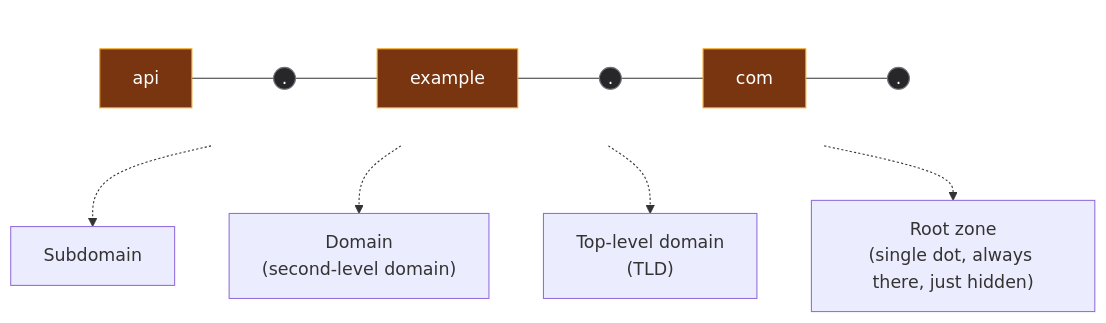
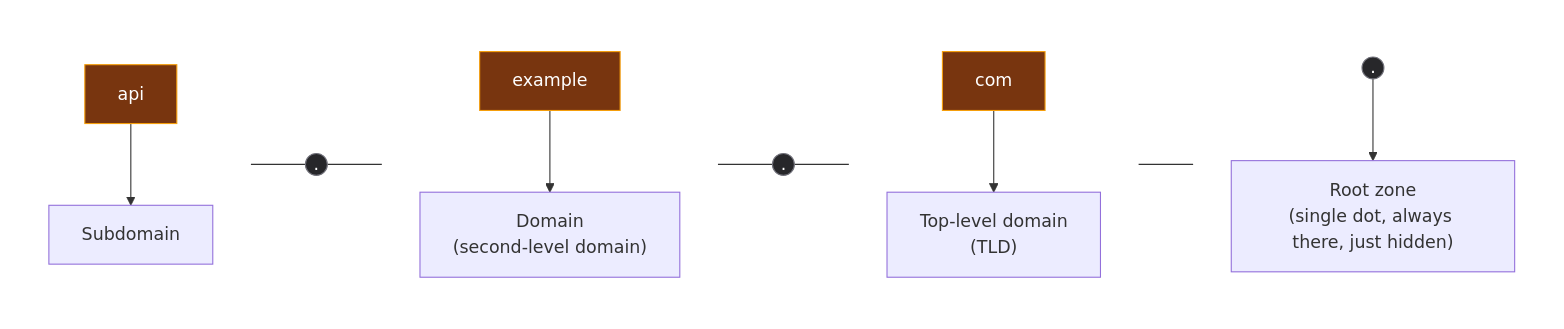
One commit to ayuslharora/blog-ayuslh changed the first of 4 diagrams in content/posts/networking/ch23-dns-domain-name-system.mdx. Above: the diagram before and after it, drawn with Mermaid.

Commit message:
Fix misrouted arrows in Ch.23 FQDN diagram
The subgraph + external dashed-edge combo let Mermaid's layout engine
pick bad exit ports: the TLD label's arrow visually originated from
the dot between "example" and "com" instead of from "com" itself.
Restructure so each token and its label live inside the same
self-contained subgraph, which keeps every arrow a straight,
unambiguous line to its own node. Verified against the live dev
server (localhost:3000) via a headless screenshot before and after.

````diff
--- a/content/posts/networking/ch23-dns-domain-name-system.mdx
+++ b/content/posts/networking/ch23-dns-domain-name-system.mdx
@@ -58,19 +58,41 @@
 ```mermaid
-flowchart TD
-    subgraph FQDN[" "]
-        direction LR
-        Sub["api"] --- D1((".")) --- Dom["example"] --- D2((".")) --- Tld["com"] --- D3((".")) 
+flowchart LR
+    subgraph G1[" "]
+        direction TB
+        Sub["api"]
+        SubL["Subdomain"]
+        Sub --> SubL
     end
-    Sub -.-> SubL["Subdomain"]
-    Dom -.-> DomL["Domain<br/>(second-level domain)"]
-    Tld -.-> TldL["Top-level domain<br/>(TLD)"]
-    D3 -.-> RootL["Root zone<br/>(single dot, always there, just hidden)"]
+    D1((".")) 
+    subgraph G2[" "]
+        direction TB
+        Dom["example"]
+        DomL["Domain<br/>(second-level domain)"]
+        Dom --> DomL
+    end
+    D2((".")) 
+    subgraph G3[" "]
+        direction TB
+        Tld["com"]
+        TldL["Top-level domain<br/>(TLD)"]
+        Tld --> TldL
+    end
+    subgraph G4[" "]
+        direction TB
+        D3((".")) 
+        RootL["Root zone<br/>(single dot, always there, just hidden)"]
+        D3 --> RootL
+    end
+    G1 --- D1 --- G2 --- D2 --- G3 --- G4
 
     style Sub fill:#78350f,stroke:#f59e0b,color:#fff
     style Dom fill:#78350f,stroke:#f59e0b,color:#fff
     style Tld fill:#78350f,stroke:#f59e0b,color:#fff
     style D1 fill:#27272a,stroke:#71717a,color:#fff
     style D2 fill:#27272a,stroke:#71717a,color:#fff
     style D3 fill:#27272a,stroke:#71717a,color:#fff
-    style FQDN fill:transparent,stroke:transparent
+    style G1 fill:transparent,stroke:transparent
+    style G2 fill:transparent,stroke:transparent
+    style G3 fill:transparent,stroke:transparent
+    style G4 fill:transparent,stroke:transparent
 ```
````
